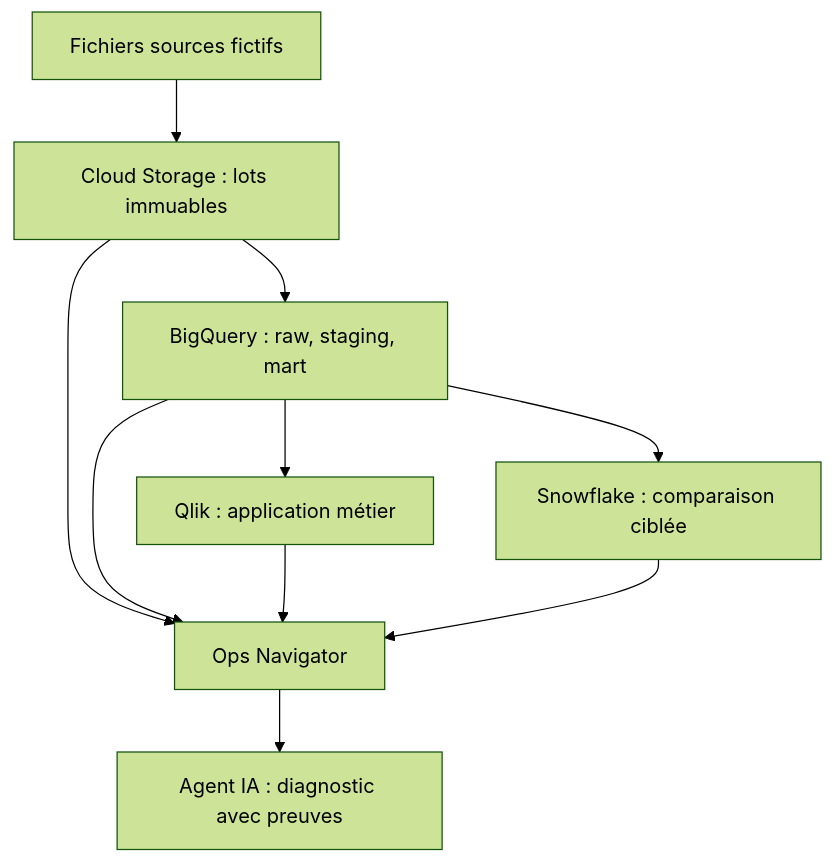
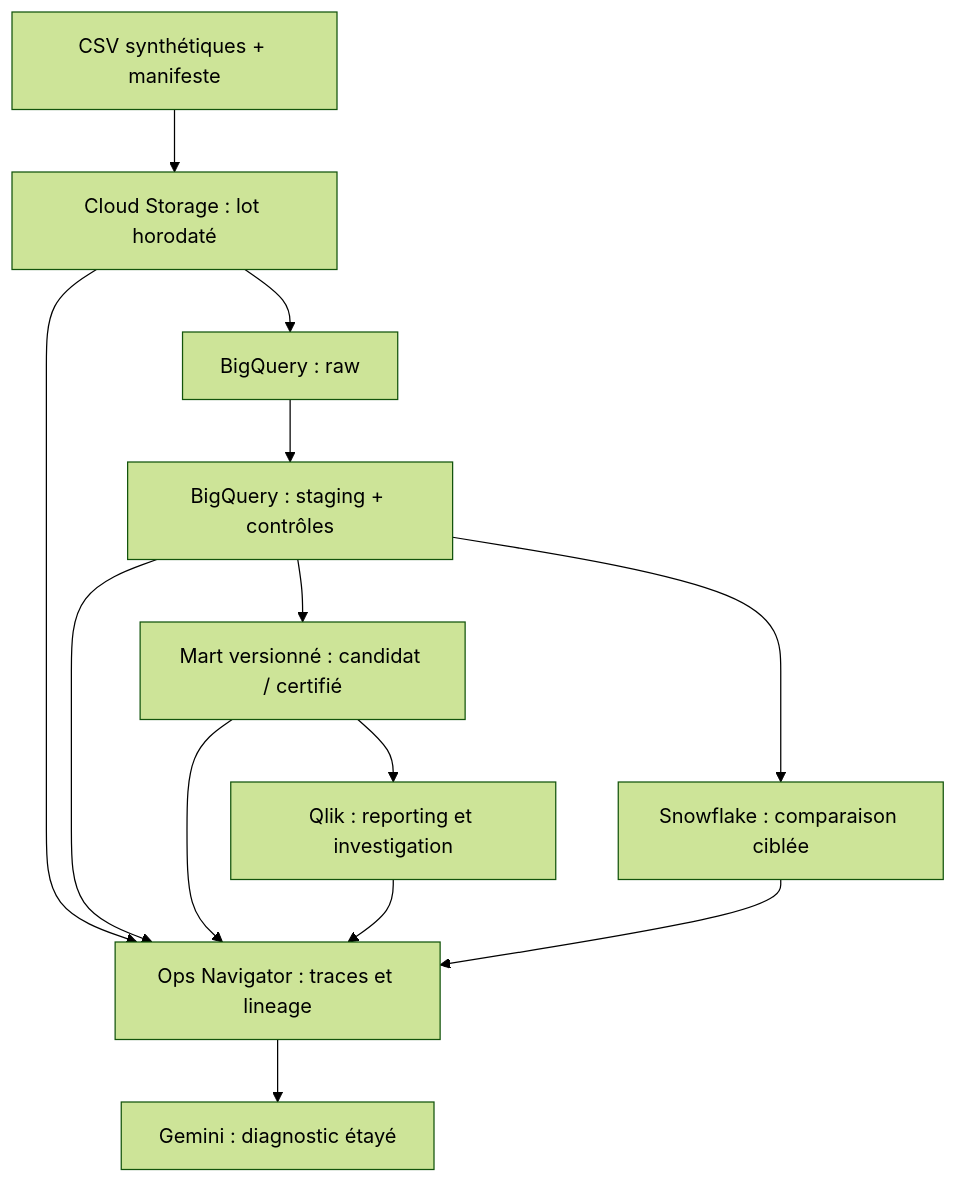
The first of 3 diagrams in docs/architecture.md (cnanaj-wq/Veloriax-habitat-lab), drawn with Mermaid (forest theme) before and after one commit. The commit also changed other lines of this file and 5 other files, not shown here.

Commit message:
Ajouter les diagrammes, le logo et les README FR/EN

````diff
--- a/docs/architecture.md
+++ b/docs/architecture.md
@@ -5,12 +5,15 @@
 ```mermaid
 flowchart TB
-    A["Fichiers sources fictifs"] --> B["Cloud Storage : lots immuables"]
-    B --> C["BigQuery : raw, staging, mart"]
-    C --> D["Qlik : application métier"]
-    C --> E["Snowflake : comparaison ciblée"]
-    B --> F["Ops Navigator"]
-    C --> F
-    D --> F
-    E --> F
-    F --> G["Agent IA : diagnostic avec preuves"]
+    A["CSV synthétiques + manifeste"] --> B["Cloud Storage : lot horodaté"]
+    B --> C["BigQuery : raw"]
+    C --> D["BigQuery : staging + contrôles"]
+    D --> E["Mart versionné : candidat / certifié"]
+    E --> F["Qlik : reporting et investigation"]
+    D --> H["Snowflake : comparaison ciblée"]
+    B --> I["Ops Navigator : traces et lineage"]
+    D --> I
+    E --> I
+    F --> I
+    H --> I
+    I --> J["Gemini : diagnostic étayé"]
 ```
````
